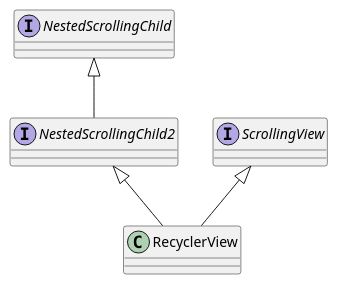
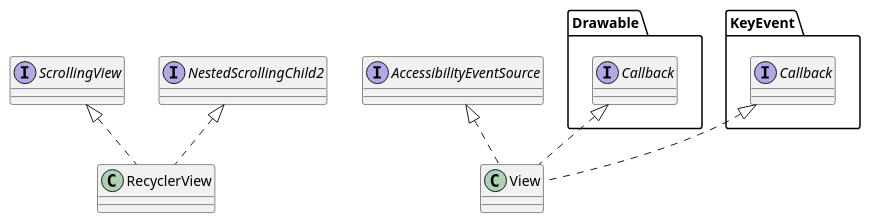
Before and after one commit to REBOOTERS/My-MVP: the diagram in uml/Realization.puml, drawn with PlantUML. The commit also changed 9 other files, not shown here.

```diff
--- a/uml/Realization.puml
+++ b/uml/Realization.puml
@@ -1,14 +1,26 @@
 @startuml
 
-
-interface NestedScrollingChild
+together {
 interface NestedScrollingChild2
 interface ScrollingView
 class RecyclerView
+}
 
-NestedScrollingChild <|-- NestedScrollingChild2
-NestedScrollingChild2 <|-- RecyclerView
-ScrollingView <|-- RecyclerView
+NestedScrollingChild2 <|.. RecyclerView
+ScrollingView <|.. RecyclerView
+
+
+together {
+interface Drawable.Callback
+interface KeyEvent.Callback
+interface AccessibilityEventSource
+class View
+}
+
+Drawable.Callback <|.. View
+AccessibilityEventSource <|.. View
+KeyEvent.Callback <|.. View
+
 
 
 @enduml
```
